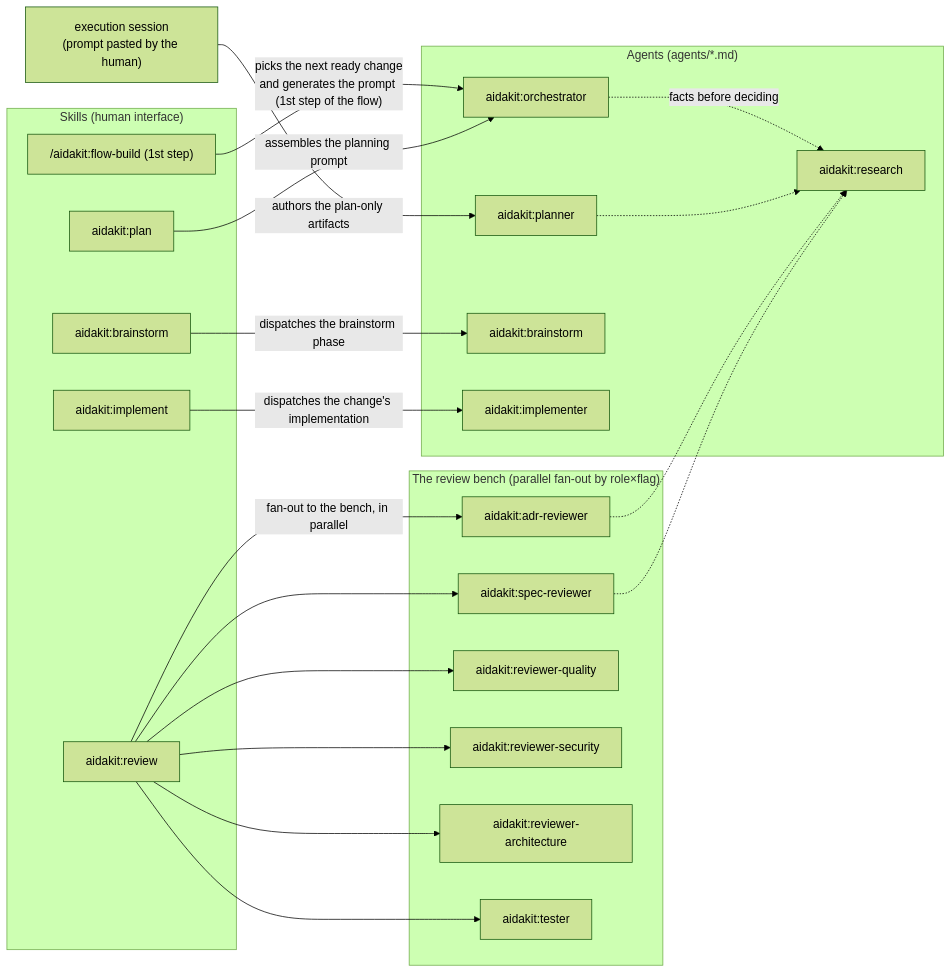
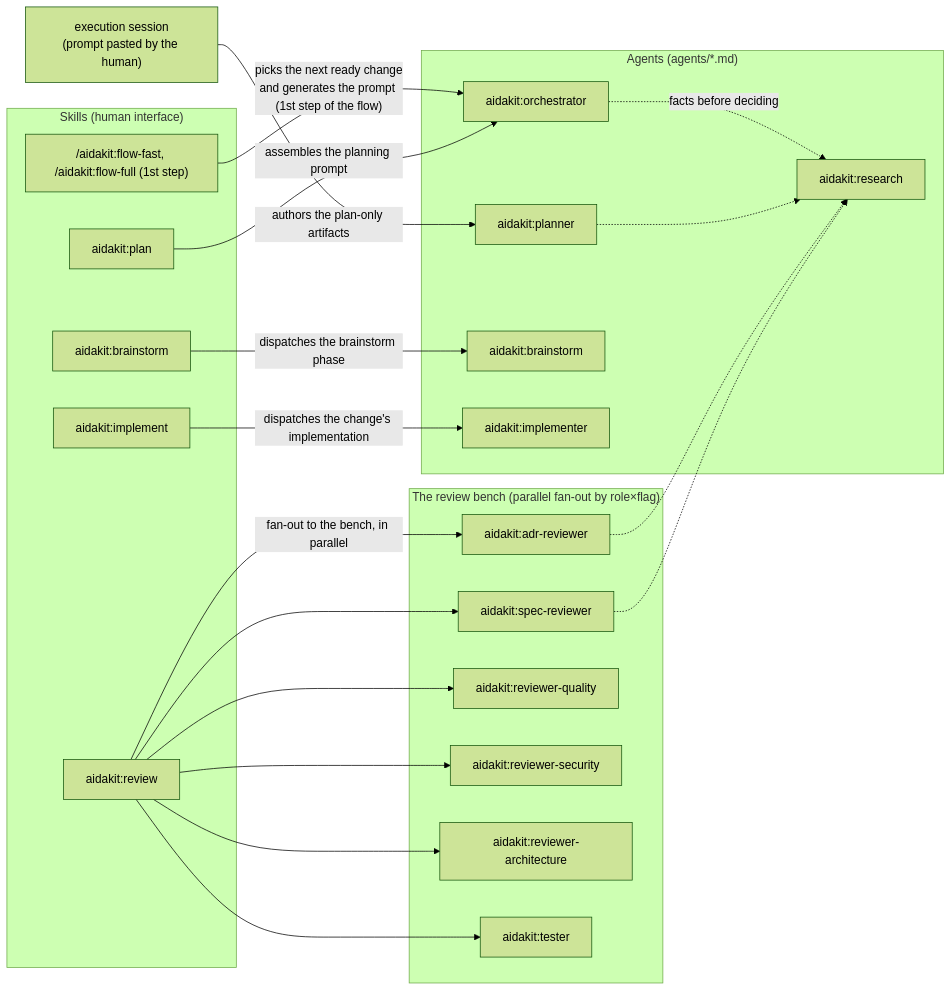
Before and after one commit to chacal88/aidakit: the diagram in docs/reference/agents.md, drawn with Mermaid (forest theme). The commit also changed other lines of this file and 39 other files, not shown here.

First line of the commit message:
feat(per-flow-commands): one flow-<name> command per flow + generator (ADR-017)

````diff
--- a/docs/reference/agents.md
+++ b/docs/reference/agents.md
@@ -11,40 +11,40 @@
 ```mermaid
 flowchart LR
     subgraph skills["Skills (human interface)"]
-        build["/aidakit:flow-build (1st step)"]
+        build["/aidakit:flow-fast, /aidakit:flow-full (1st step)"]
         plan["aidakit:plan"]
         brainstormSkill["aidakit:brainstorm"]
         implementSkill["aidakit:implement"]
         review["aidakit:review"]
     end
     subgraph agentes["Agents (agents/*.md)"]
         orch["aidakit:orchestrator"]
         planner["aidakit:planner"]
         brainstorm["aidakit:brainstorm"]
         implementer["aidakit:implementer"]
         research["aidakit:research"]
     end
     subgraph banca["The review bench (parallel fan-out by role×flag)"]
         adr["aidakit:adr-reviewer"]
         spec["aidakit:spec-reviewer"]
         quality["aidakit:reviewer-quality"]
         security["aidakit:reviewer-security"]
         arch["aidakit:reviewer-architecture"]
         tester["aidakit:tester"]
     end
     build -->|"picks the next ready change<br>and generates the prompt (1st step of the flow)"| orch
     plan -->|"assembles the planning prompt"| orch
     exec["execution session<br>(prompt pasted by the human)"] -->|"authors the plan-only artifacts"| planner
     brainstormSkill -->|"dispatches the brainstorm phase"| brainstorm
     implementSkill -->|"dispatches the change's implementation"| implementer
     review -->|"fan-out to the bench, in parallel"| adr
     review --> spec
     review --> quality
     review --> security
     review --> arch
     review --> tester
     orch -.->|"facts before deciding"| research
     planner -.-> research
     adr -.-> research
     spec -.-> research
 ```
````
